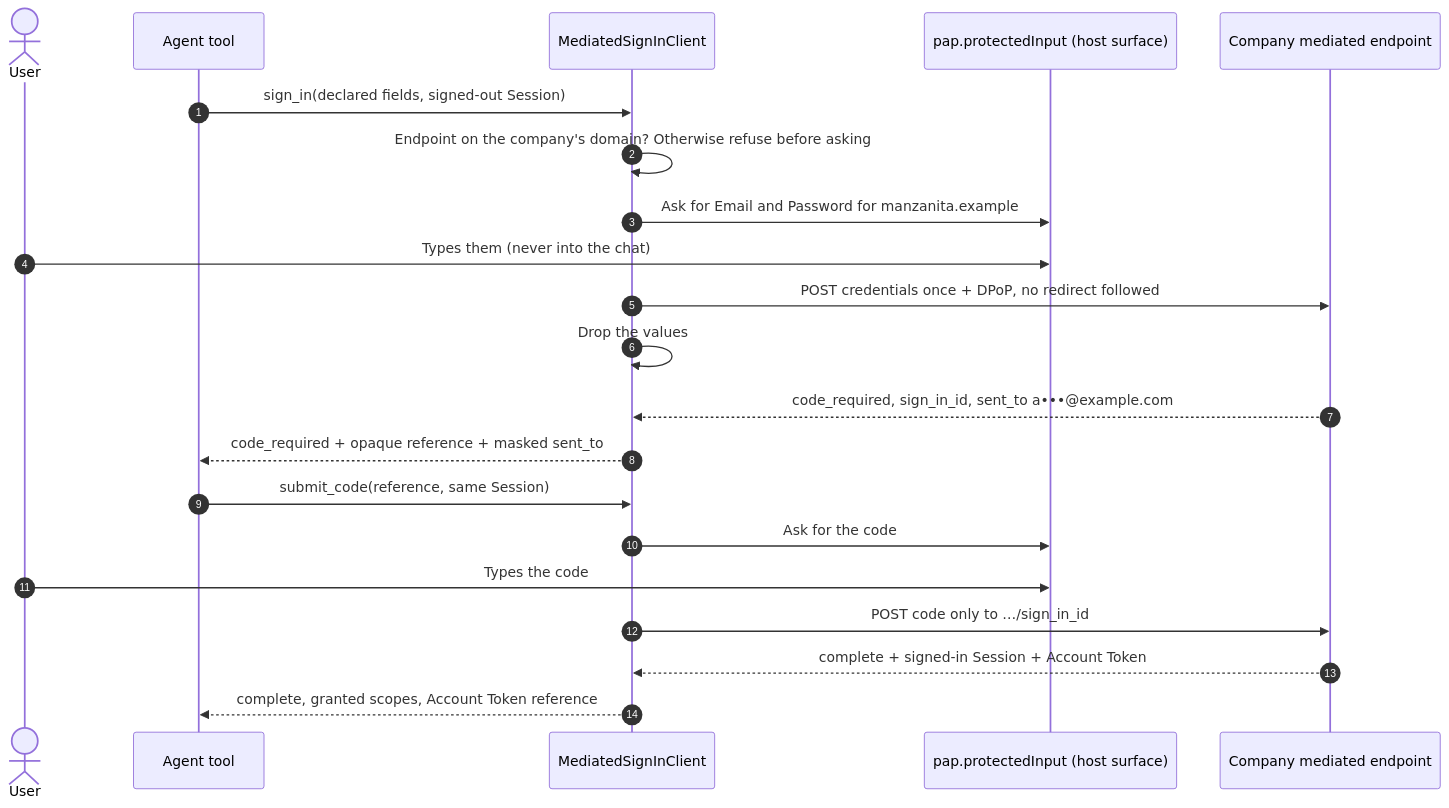
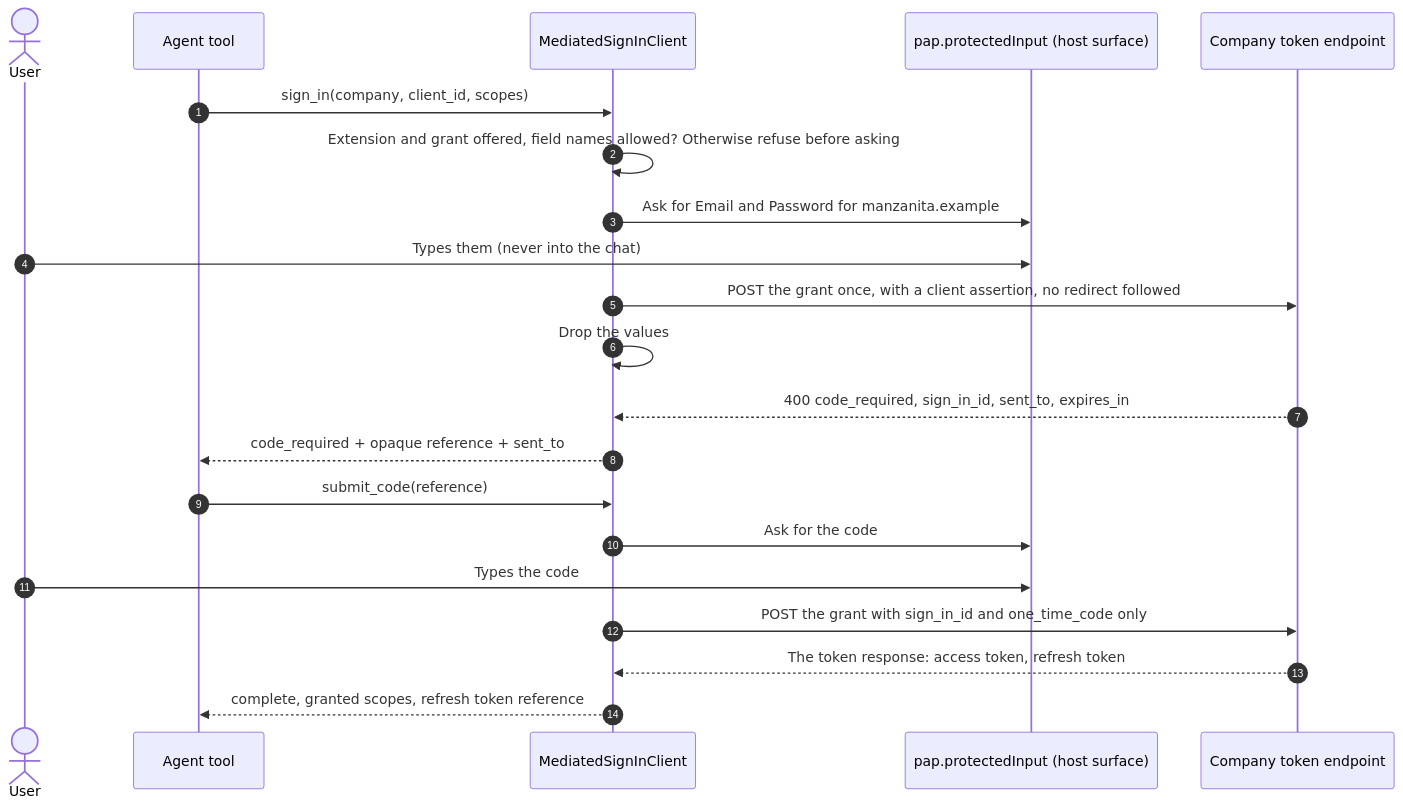
Before and after one commit to datalayer/personal-agent-protocol: the diagram in docs/docs/examples/mediated-sign-in.mdx, drawn with Mermaid. The commit also changed other lines of this file and 35 other files, not shown here.

````diff
--- a/docs/docs/examples/mediated-sign-in.mdx
+++ b/docs/docs/examples/mediated-sign-in.mdx
@@ -23,23 +23,23 @@
 ```mermaid
 sequenceDiagram
   autonumber
   actor User
   participant Tool as Agent tool
   participant SDK as MediatedSignInClient
   participant Input as pap.protectedInput (host surface)
-  participant Company as Company mediated endpoint
-  Tool->>SDK: sign_in(declared fields, signed-out Session)
-  SDK->>SDK: Endpoint on the company's domain? Otherwise refuse before asking
+  participant Company as Company token endpoint
+  Tool->>SDK: sign_in(company, client_id, scopes)
+  SDK->>SDK: Extension and grant offered, field names allowed? Otherwise refuse before asking
   SDK->>Input: Ask for Email and Password for manzanita.example
   User->>Input: Types them (never into the chat)
-  SDK->>Company: POST credentials once + DPoP, no redirect followed
+  SDK->>Company: POST the grant once, with a client assertion, no redirect followed
   SDK->>SDK: Drop the values
-  Company-->>SDK: code_required, sign_in_id, sent_to a•••@example.com
-  SDK-->>Tool: code_required + opaque reference + masked sent_to
-  Tool->>SDK: submit_code(reference, same Session)
+  Company-->>SDK: 400 code_required, sign_in_id, sent_to, expires_in
+  SDK-->>Tool: code_required + opaque reference + sent_to
+  Tool->>SDK: submit_code(reference)
   SDK->>Input: Ask for the code
   User->>Input: Types the code
-  SDK->>Company: POST code only to …/sign_in_id
-  Company-->>SDK: complete + signed-in Session + Account Token
-  SDK-->>Tool: complete, granted scopes, Account Token reference
+  SDK->>Company: POST the grant with sign_in_id and one_time_code only
+  Company-->>SDK: The token response: access token, refresh token
+  SDK-->>Tool: complete, granted scopes, refresh token reference
 ```
````
